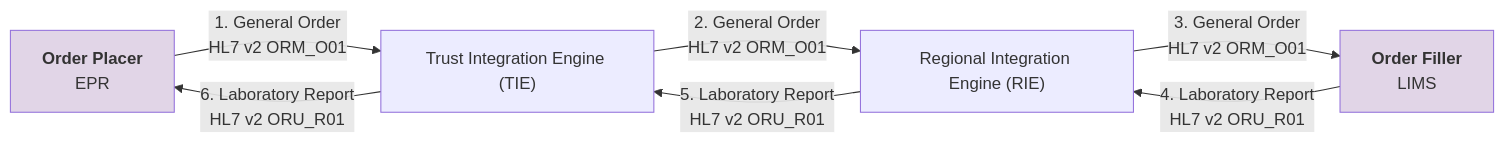
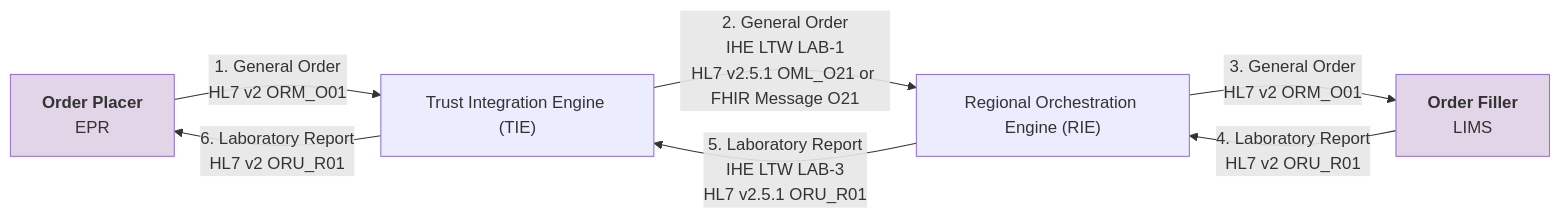
Before and after one commit to uk-gov-mirror/nw-gmsa.nw-gmsa.github.com: the fourth of 11 diagrams in input/pagecontent/design.md, drawn with Mermaid. The commit also changed other lines of this file and 55 other files, not shown here.

````diff
--- a/input/pagecontent/design.md
+++ b/input/pagecontent/design.md
@@ -38,13 +50,13 @@
 ```mermaid
 graph LR
 
     OrderPlacer[<b>Order Placer</b><br/>EPR] --> |1. General Order<br/>HL7 v2 ORM_O01| TIE["Trust Integration Engine (TIE)"]
-    TIE --> |2. General Order<br/>HL7 v2 ORM_O01| RIE
-    RIE["Regional Integration Engine (RIE)"] --> |3. General Order<br/>HL7 v2 ORM_O01| OrderFiller
+    TIE --> |2. General Order<br/>IHE LTW LAB-1<br/>HL7 v2.5.1 OML_O21 or FHIR Message O21| RIE
+    RIE["Regional Orchestration Engine (RIE)"] --> |3. General Order<br/>HL7 v2 ORM_O01| OrderFiller
     OrderFiller[<b>Order Filler</b><br/>LIMS] --> |4. Laboratory Report<br/>HL7 v2 ORU_R01| RIE
-    RIE --> |5. Laboratory Report<br/>HL7 v2 ORU_R01| TIE
+    RIE --> |5. Laboratory Report<br/>IHE LTW LAB-3<br/>HL7 v2.5.1 ORU_R01| TIE
     TIE --> |6. Laboratory Report<br/>HL7 v2 ORU_R01| OrderPlacer
     
     classDef purple fill:#E1D5E7;
     class OrderPlacer,OrderFiller purple
 ```
````
